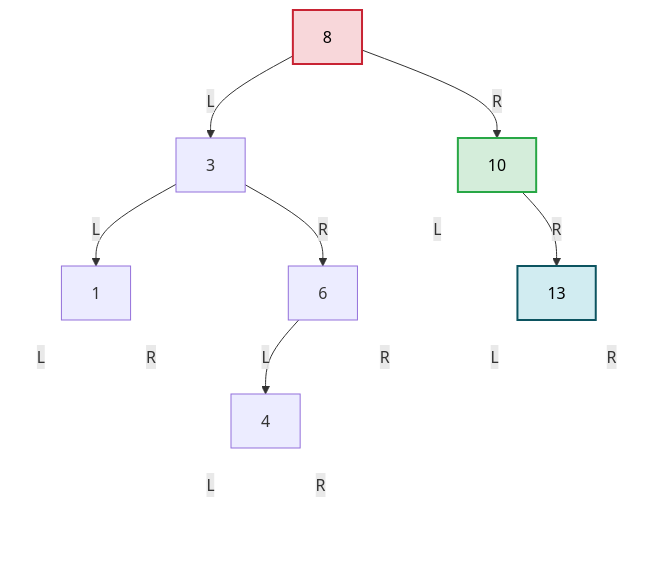
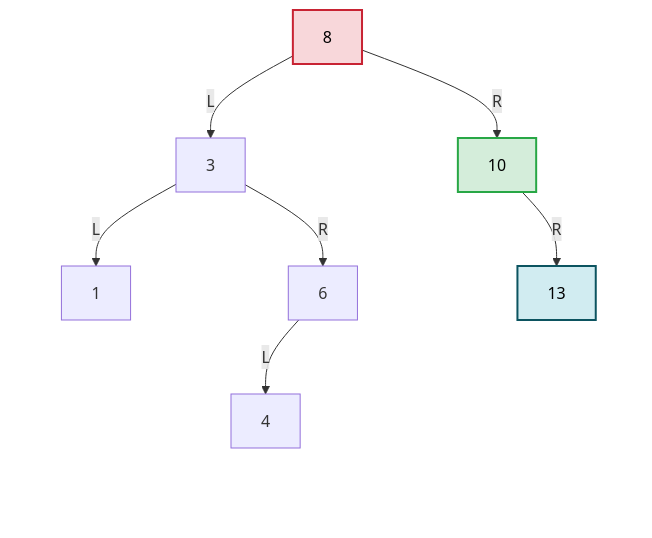
One commit to FormingSystem/linux_note changed diagram 14 of 19 in knowledge/linux/data_structures/红黑树_rb-tree/P22_BST删除与子树回接.md. Above: the diagram before and after it, drawn with Mermaid. The commit also changed other lines of this file and 3 other files, not shown here.

````diff
--- a/knowledge/linux/data_structures/红黑树_rb-tree/P22_BST删除与子树回接.md
+++ b/knowledge/linux/data_structures/红黑树_rb-tree/P22_BST删除与子树回接.md
@@ -1030,64 +1038,64 @@
 ```mermaid
 graph TD
 		A["8"]
 
 		B["3"]
 		C["10"]
 
 		D["1"]
 		E["6"]
 		C_L[" "]
 		H["13"]
 
 		D_L[" "]
 		D_R[" "]
 		G["4"]
 		E_R[" "]
 		H_L[" "]
 		H_R[" "]
 
 		G_L[" "]
 		G_R[" "]
 
 	A -->|L| B
 	A -->|R| C
 
 	B -->|L| D
 	B -->|R| E
 
-	C -->|L| C_L
+	C --> C_L
 	C -->|R| H
 
-	D -->|L| D_L
-	D -->|R| D_R
+	D --> D_L
+	D --> D_R
 
 	E -->|L| G
-	E -->|R| E_R
+	E --> E_R
 
-	H -->|L| H_L
-	H -->|R| H_R
+	H --> H_L
+	H --> H_R
 
-	G -->|L| G_L
-	G -->|R| G_R
+	G --> G_L
+	G --> G_R
 
 	classDef target fill:#f8d7da,stroke:#c82333,stroke-width:2px,color:#000;
 	classDef replace fill:#d4edda,stroke:#28a745,stroke-width:2px,color:#000;
 	classDef parent fill:#fff3cd,stroke:#d39e00,stroke-width:2px,color:#000;
 	classDef moved fill:#d1ecf1,stroke:#0c5460,stroke-width:2px,color:#000;
 	classDef ghost fill:transparent,stroke:transparent,color:transparent;
 
 	class A target;
 	class C replace;
 	class H moved;
 	class C_L,D_L,D_R,E_R,H_L,H_R,G_L,G_R ghost;
 
 
 	linkStyle 4 stroke:transparent;
 	linkStyle 6 stroke:transparent;
 	linkStyle 7 stroke:transparent;
 	linkStyle 9 stroke:transparent;
 	linkStyle 10 stroke:transparent;
 	linkStyle 11 stroke:transparent;
 	linkStyle 12 stroke:transparent;
 	linkStyle 13 stroke:transparent;
 ```
````
